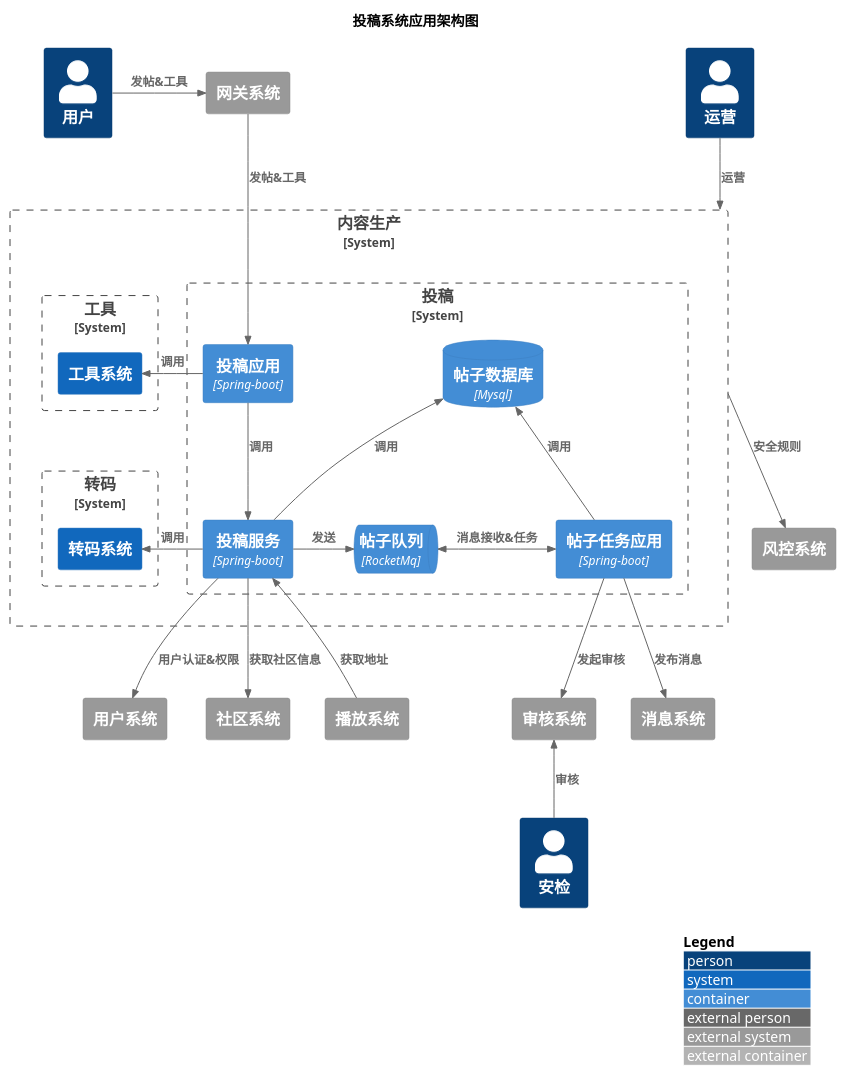
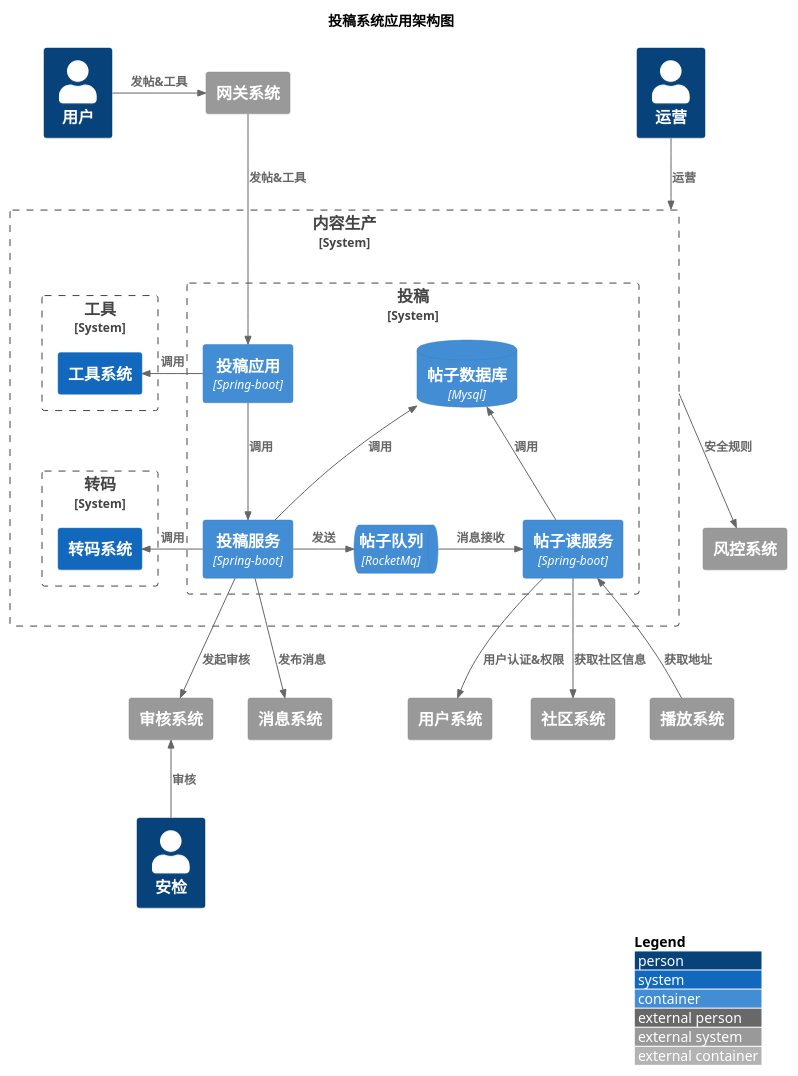
Before and after one commit to nxnnxn/community-doc: the diagram in puml/content/post/container.puml, drawn with PlantUML. The commit also changed 5 other files, not shown here.

```diff
--- a/puml/content/post/container.puml
+++ b/puml/content/post/container.puml
@@ -1,60 +1,60 @@
 @startuml
 !include <C4/C4_Container>
 LAYOUT_WITH_LEGEND()
 
 title 投稿系统应用架构图
 
 Person(user, "用户")
 Person(user1, "运营")
 Person(user2, "安检")
 
 System_Boundary(contentProduction, "内容生产"){
     System_Boundary(postBoundary, "投稿") {
           Container(postFacade, "投稿应用","Spring-boot")
           Container(postService, "投稿服务","Spring-boot")
-          Container(postJob, "帖子任务应用","Spring-boot")
+          Container(postReadService, "帖子读服务","Spring-boot")
           ContainerDb(postDatabase, "帖子数据库", "Mysql")
           ContainerQueue(postQueue, "帖子队列", "RocketMq")
           Rel(postFacade, postService, "调用")
           Rel_U(postService, postDatabase, "调用")
-          Rel_U(postJob, postDatabase, "调用")
+          Rel_U(postReadService, postDatabase, "调用")
           Rel_R(postService,postQueue, "发送")
-          BiRel_R(postQueue,postJob, "消息接收&任务")
+          Rel_R(postQueue,postReadService, "消息接收")
     }
     System_Boundary(transcodeBoundary, "转码") {
            System(transcode, "转码系统")
     }
     System_Boundary(postToolBoundary, "工具") {
           System(postTool, "工具系统")
     }
     Rel_L(postService, transcode, "调用")
     Rel_L(postFacade, postTool, "调用")
 }
 
 System_Ext(security,"风控系统")
 System_Ext(userSystem,"用户系统")
 System_Ext(community, "社区系统")
 System_Ext(audit, "审核系统")
 System_Ext(message, "消息系统")
 System_Ext(play, "播放系统")
 System_Ext(gateway,"网关系统")
 
 Rel_R(user, gateway, "发帖&工具")
 Rel(gateway, postFacade, "发帖&工具")
 Rel(user1,contentProduction, "运营")
 
 Rel(contentProduction, security, "安全规则")
-Rel(postService, userSystem, "用户认证&权限")
-Rel(postService, community, "获取社区信息")
-Rel(postJob, message, "发布消息")
-Rel(postJob, audit, "发起审核")
-Rel_U(play, postService, "获取地址")
+Rel(postReadService, userSystem, "用户认证&权限")
+Rel(postReadService, community, "获取社区信息")
+Rel(postService, message, "发布消息")
+Rel(postService, audit, "发起审核")
+Rel_U(play, postReadService, "获取地址")
 Rel_U(user2, audit, "审核")
 
 
 
 
 
 
 
 @enduml
```
